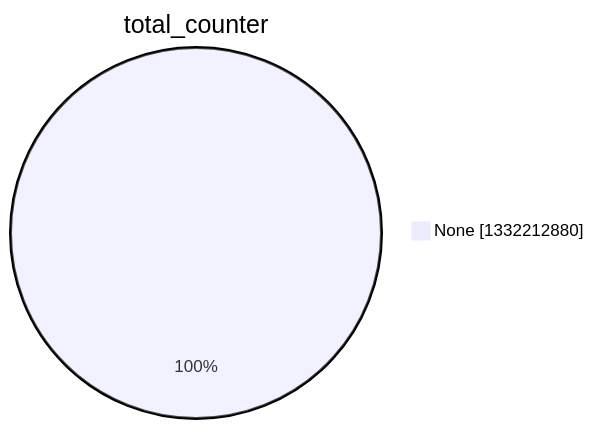
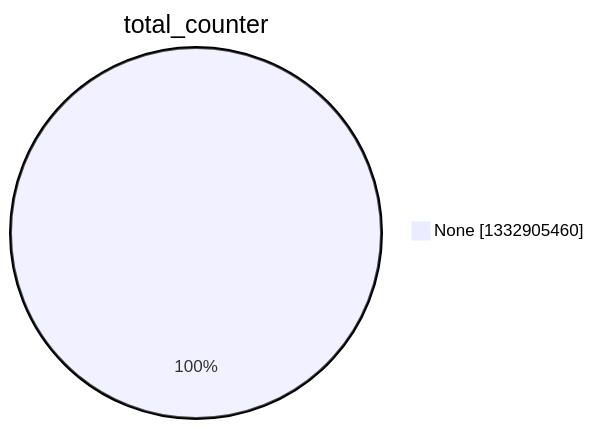
Before and after one commit to christiankrug/ctmonitor_visualization: the second of 15 diagrams in argon2022/README.md, drawn with Mermaid. The commit also changed other lines of this file, not shown here.

````diff
--- a/argon2022/README.md
+++ b/argon2022/README.md
@@ -9,5 +9,5 @@
 ```mermaid
 pie showData
 title total_counter
-"None" :1332212880
+"None" :1332905460
 ```
````
